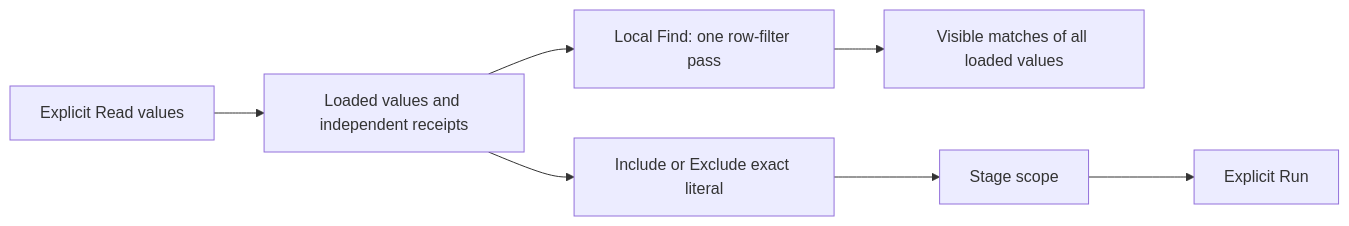
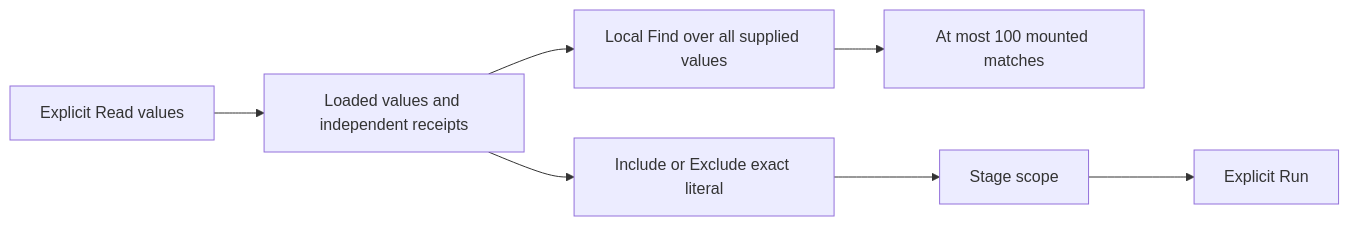
The diagram in docs/LARGE_FACETS.md (casselc/goo), drawn with Mermaid before and after one commit. The commit also changed other lines of this file and 47 other files, not shown here.

````diff
--- a/docs/LARGE_FACETS.md
+++ b/docs/LARGE_FACETS.md
@@ -15,9 +15,9 @@
 ```mermaid
 flowchart LR
     R[Explicit Read values] --> D[Loaded values and independent receipts]
-    D --> F[Local Find: one row-filter pass]
-    F --> V[Visible matches of all loaded values]
+    D --> F[Local Find over all supplied values]
+    F --> V[At most 100 mounted matches]
     D --> I[Include or Exclude exact literal]
     I --> S[Stage scope]
     S --> X[Explicit Run]
 ```
````
